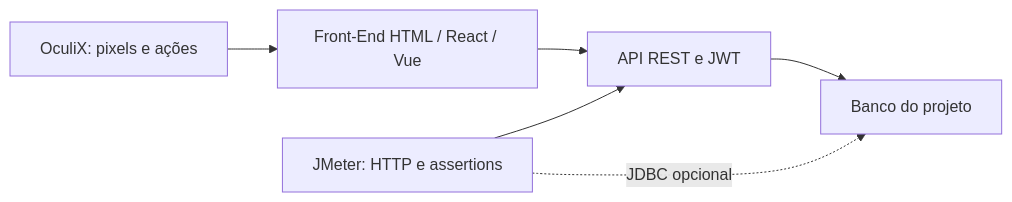
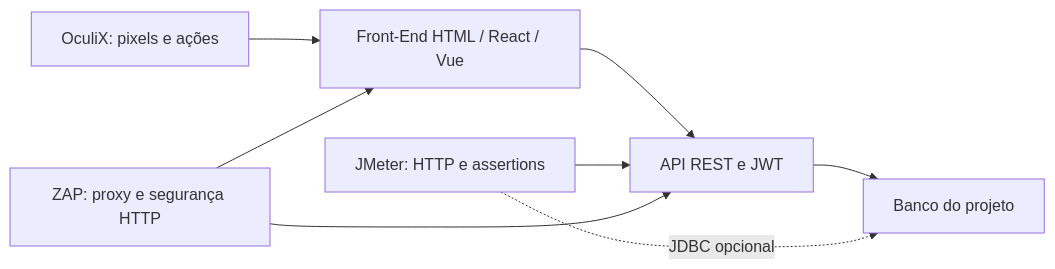
The first of 2 diagrams in README.md (diogofragoso/ferramentas_testes_software), drawn with Mermaid before and after one commit. The commit also changed other lines of this file and 34 other files, not shown here.

````diff
--- a/README.md
+++ b/README.md
@@ -15,8 +15,10 @@
 ```mermaid
 flowchart LR
     O[OculiX: pixels e ações] --> F[Front-End HTML / React / Vue]
     F --> A[API REST e JWT]
     J[JMeter: HTTP e assertions] --> A
+    Z[ZAP: proxy e segurança HTTP] --> F
+    Z --> A
     A --> B[Banco do projeto]
     J -. JDBC opcional .-> B
 ```
````
